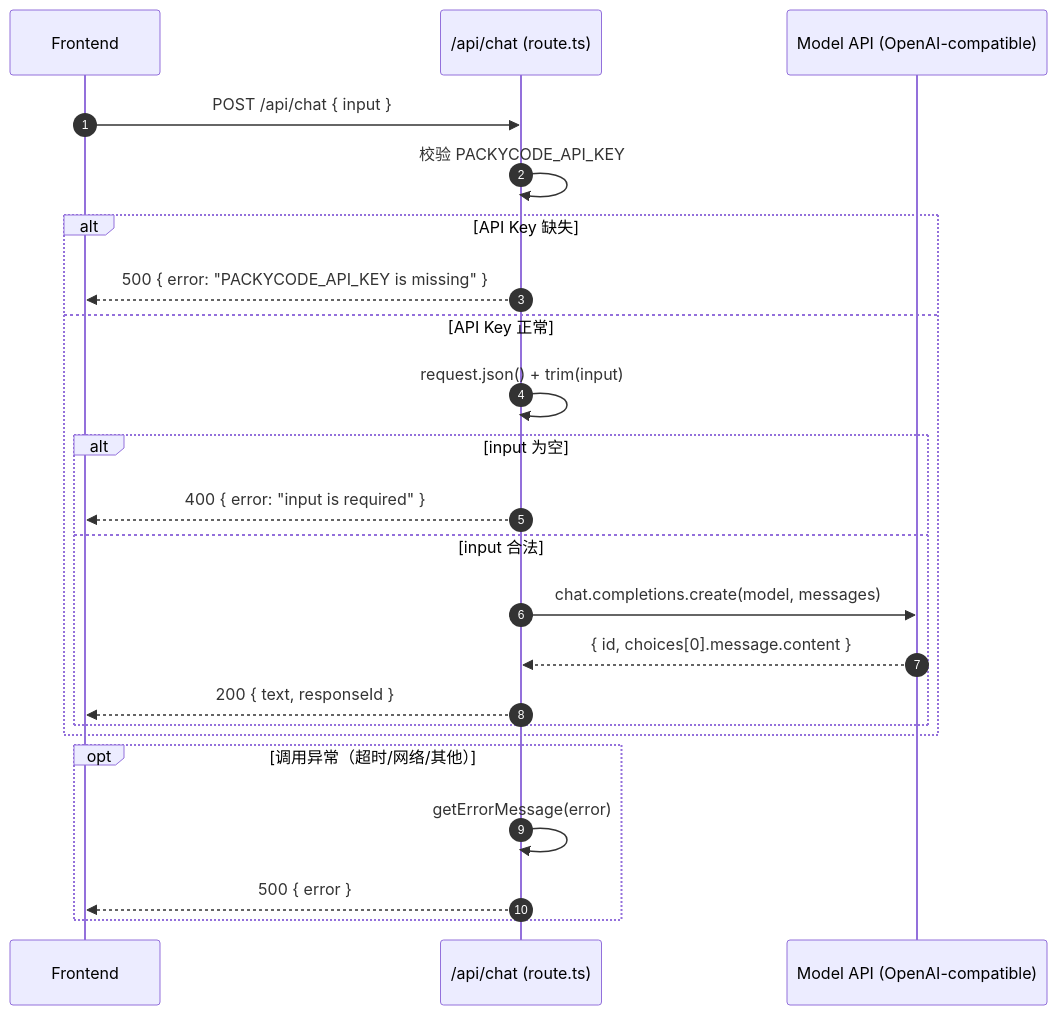
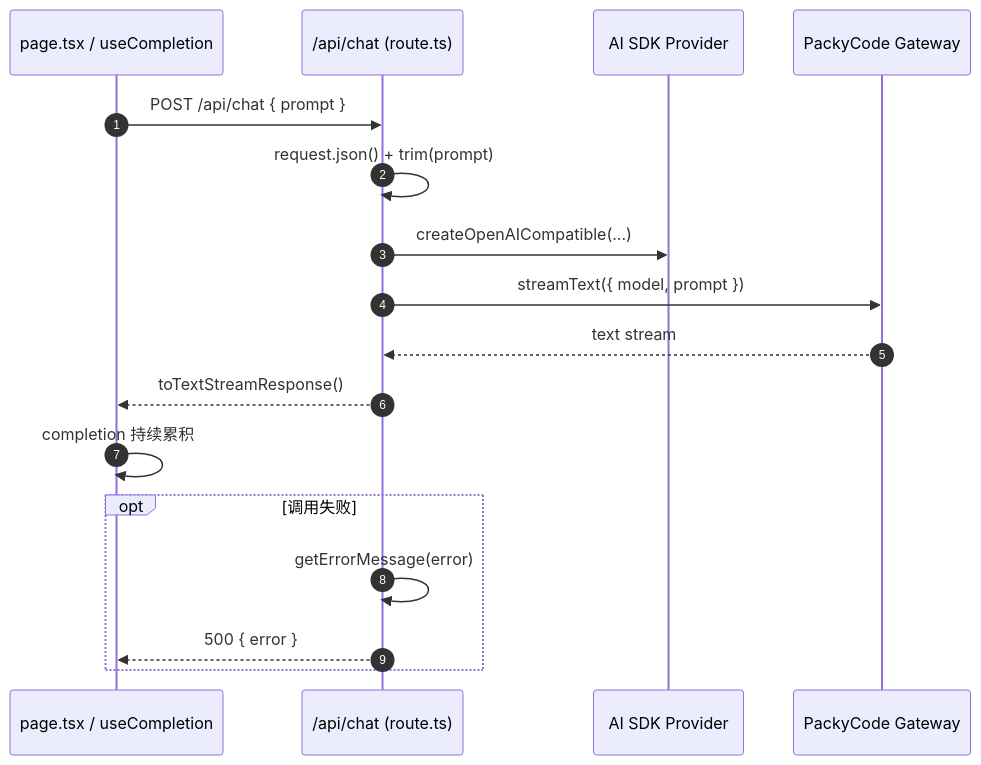
One commit to BorderY/ai-requirement-assistant changed the diagram in docs/api-chat-route-explanation.md. Above: the diagram before and after it, drawn with Mermaid. The commit also changed other lines of this file and 17 other files, not shown here.

````diff
--- a/docs/api-chat-route-explanation.md
+++ b/docs/api-chat-route-explanation.md
@@ -83,27 +158,21 @@
 ```mermaid
 sequenceDiagram
     autonumber
-    participant FE as Frontend
+    participant FE as page.tsx / useCompletion
     participant API as /api/chat (route.ts)
-    participant LLM as Model API (OpenAI-compatible)
+    participant Provider as AI SDK Provider
+    participant LLM as PackyCode Gateway
 
-    FE->>API: POST /api/chat { input }
-    API->>API: 校验 PACKYCODE_API_KEY
-    alt API Key 缺失
-        API-->>FE: 500 { error: "PACKYCODE_API_KEY is missing" }
-    else API Key 正常
-        API->>API: request.json() + trim(input)
-        alt input 为空
-            API-->>FE: 400 { error: "input is required" }
-        else input 合法
-            API->>LLM: chat.completions.create(model, messages)
-            LLM-->>API: { id, choices[0].message.content }
-            API-->>FE: 200 { text, responseId }
-        end
-    end
+    FE->>API: POST /api/chat { prompt }
+    API->>API: request.json() + trim(prompt)
+    API->>Provider: createOpenAICompatible(...)
+    API->>LLM: streamText({ model, prompt })
+    LLM-->>API: text stream
+    API-->>FE: toTextStreamResponse()
+    FE->>FE: completion 持续累积
 
-    opt 调用异常（超时/网络/其他）
+    opt 调用失败
         API->>API: getErrorMessage(error)
         API-->>FE: 500 { error }
     end
 ```
````
